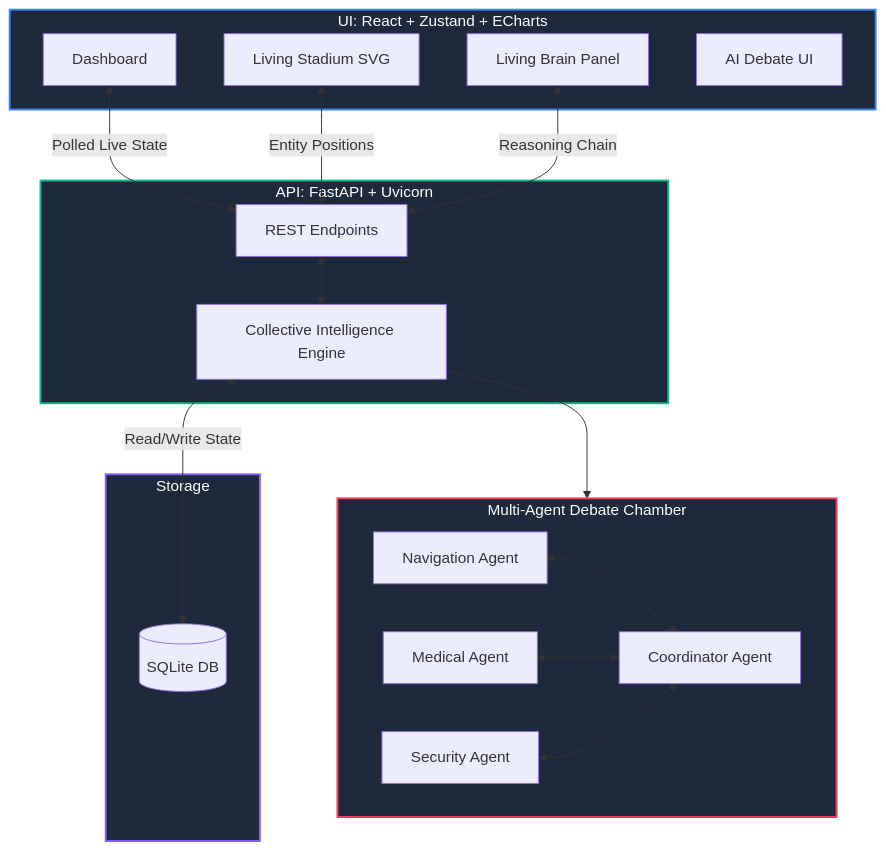
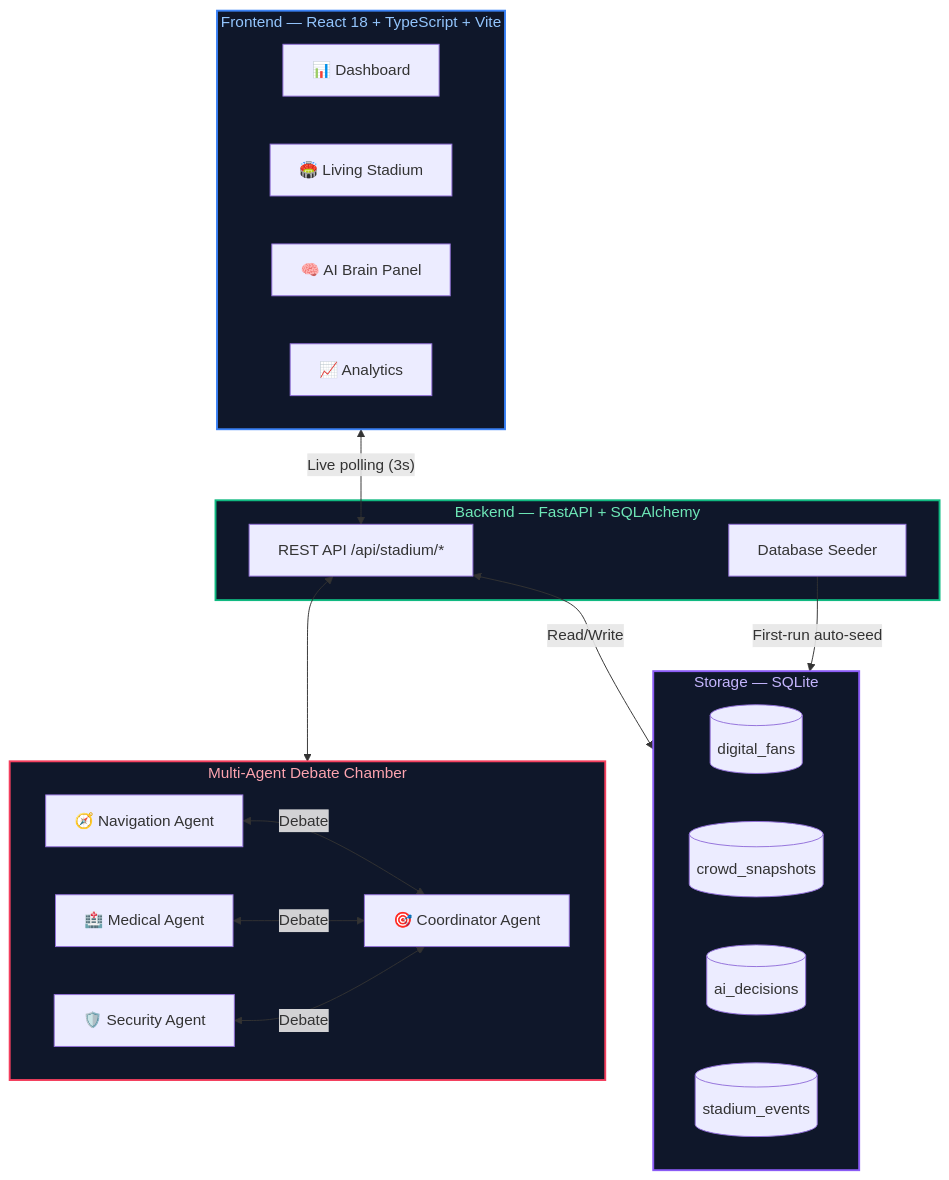
The diagram in README.md (harichopper/stadiumverse-intelligence-os), drawn with Mermaid before and after one commit. The commit also changed other lines of this file, not shown here.

Commit message:
docs: complete README overhaul - explicit evidence for all 6 evaluation dimensions, 87 test counts, security table, accessibility checklist, Challenge 4 alignment matrix

````diff
--- a/README.md
+++ b/README.md
@@ -62,49 +78,46 @@
 ```mermaid
 graph TD
-    %% Styling
-    classDef frontend fill:#1E293B,stroke:#3B82F6,stroke-width:2px,color:#fff
-    classDef backend fill:#1E293B,stroke:#10B981,stroke-width:2px,color:#fff
-    classDef db fill:#1E293B,stroke:#8B5CF6,stroke-width:2px,color:#fff
-    classDef ai fill:#1E293B,stroke:#F43F5E,stroke-width:2px,color:#fff
+    classDef frontend fill:#0F172A,stroke:#3B82F6,stroke-width:2px,color:#93C5FD
+    classDef backend fill:#0F172A,stroke:#10B981,stroke-width:2px,color:#6EE7B7
+    classDef db fill:#0F172A,stroke:#8B5CF6,stroke-width:2px,color:#C4B5FD
+    classDef ai fill:#0F172A,stroke:#F43F5E,stroke-width:2px,color:#FDA4AF
 
-    subgraph Frontend [UI: React + Zustand + ECharts]
-        DB[Dashboard]
-        LS[Living Stadium SVG]
-        LB[Living Brain Panel]
-        AD[AI Debate UI]
+    subgraph FE ["Frontend — React 18 + TypeScript + Vite"]
+        Dashboard["📊 Dashboard"]
+        Stadium["🏟️ Living Stadium"]
+        Brain["🧠 AI Brain Panel"]
+        Analytics["📈 Analytics"]
     end
 
-    subgraph Backend [API: FastAPI + Uvicorn]
-        API[REST Endpoints]
-        Engine[Collective Intelligence Engine]
+    subgraph BE ["Backend — FastAPI + SQLAlchemy"]
+        API["REST API /api/stadium/*"]
+        Seed["Database Seeder"]
     end
 
-    subgraph Intelligence [Multi-Agent Debate Chamber]
-        A1[Navigation Agent]
-        A2[Medical Agent]
-        A3[Security Agent]
-        A4[Coordinator Agent]
+    subgraph AI ["Multi-Agent Debate Chamber"]
+        Nav["🧭 Navigation Agent"]
+        Med["🏥 Medical Agent"]
+        Sec["🛡️ Security Agent"]
+        Coord["🎯 Coordinator Agent"]
     end
 
-    subgraph Database [Storage]
-        SQL[(SQLite DB)]
+    subgraph DB ["Storage — SQLite"]
+        Fans[("digital_fans")]
+        Crowd[("crowd_snapshots")]
+        Decisions[("ai_decisions")]
+        Events[("stadium_events")]
     end
 
-    %% Connections
-    DB <-->|Polled Live State| API
-    LS <-->|Entity Positions| API
-    LB <-->|Reasoning Chain| API
-    
-    API <--> Engine
-    Engine --> Intelligence
-    A1 <--> A4
-    A2 <--> A4
-    A3 <--> A4
-    
-    Engine <-->|Read/Write State| SQL
-    
-    class Frontend frontend
-    class Backend backend
-    class Database db
-    class Intelligence ai
+    FE <-->|"Live polling (3s)"| API
+    API <--> AI
+    Nav <-->|Debate| Coord
+    Med <-->|Debate| Coord
+    Sec <-->|Debate| Coord
+    API <-->|Read/Write| DB
+    Seed -->|"First-run auto-seed"| DB
+
+    class FE frontend
+    class BE backend
+    class DB db
+    class AI ai
 ```
````
